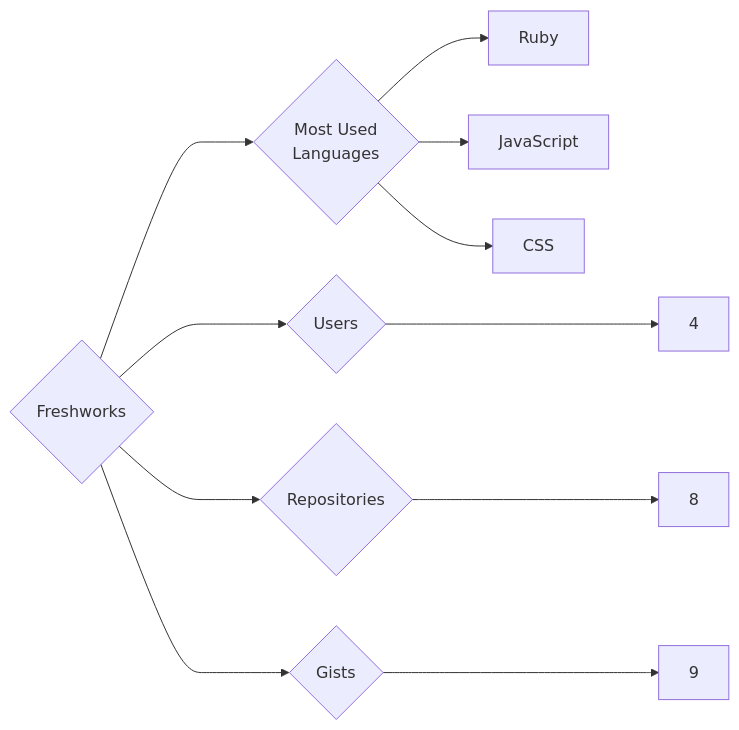
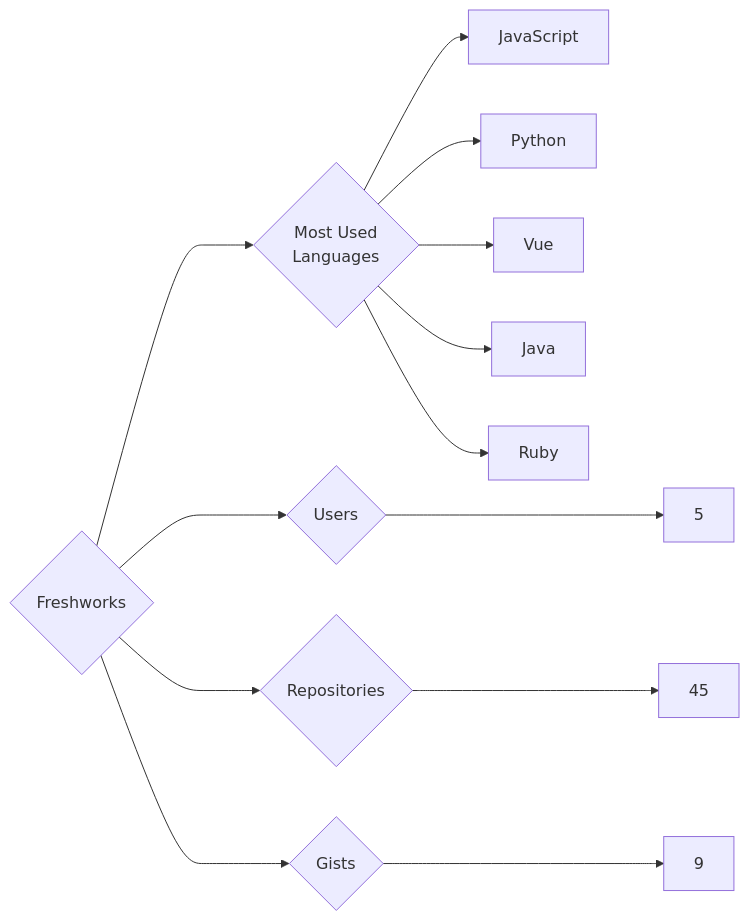
Before and after one commit to trickest/insiders: the diagram in targets/Freshworks/README.md, drawn with Mermaid. The commit also changed 1084 other files, not shown here.

````diff
--- a/targets/Freshworks/README.md
+++ b/targets/Freshworks/README.md
@@ -3,11 +3,13 @@
 ```mermaid
 graph LR
 COMPANY_NAME{Freshworks}
-COMPANY_NAME ---> U{Users} ---> UN[4]
-COMPANY_NAME ---> R{Repositories} ---> RN[8]
+COMPANY_NAME ---> U{Users} ---> UN[5]
+COMPANY_NAME ---> R{Repositories} ---> RN[45]
 COMPANY_NAME ---> G{Gists} ---> GN[9]
 COMPANY_NAME ---> ML{Most Used<br>Languages}
+ML --> JavaScript[JavaScript]
+ML --> Python[Python]
+ML --> Vue[Vue]
+ML --> Java[Java]
 ML --> Ruby[Ruby]
-ML --> JavaScript[JavaScript]
-ML --> CSS[CSS]
 ```
````
